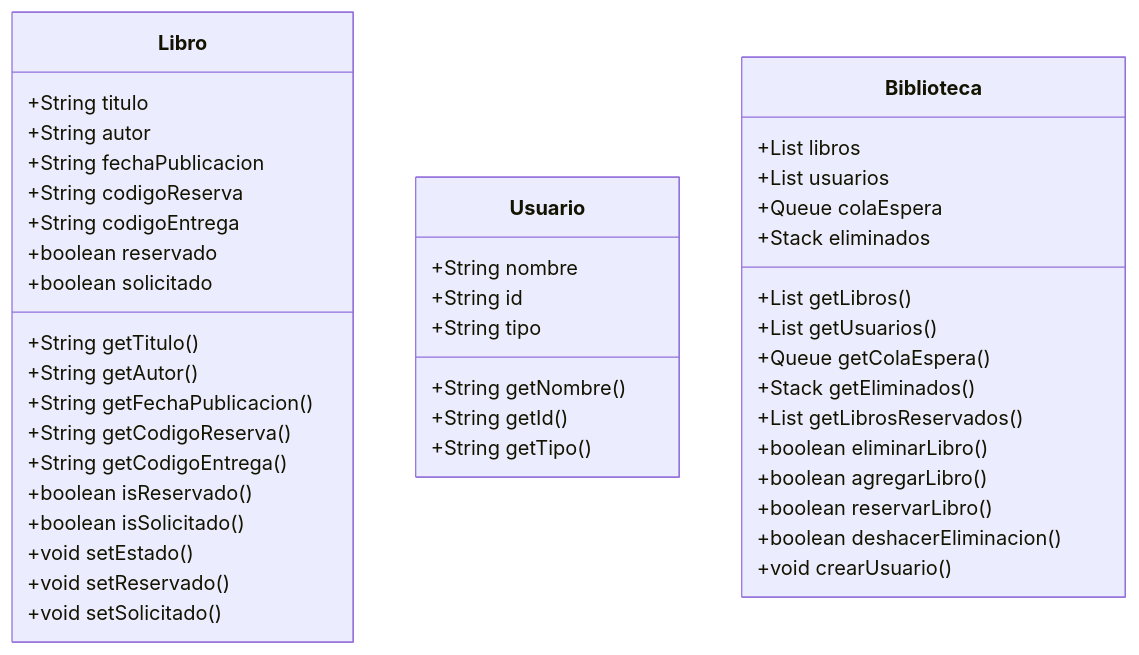
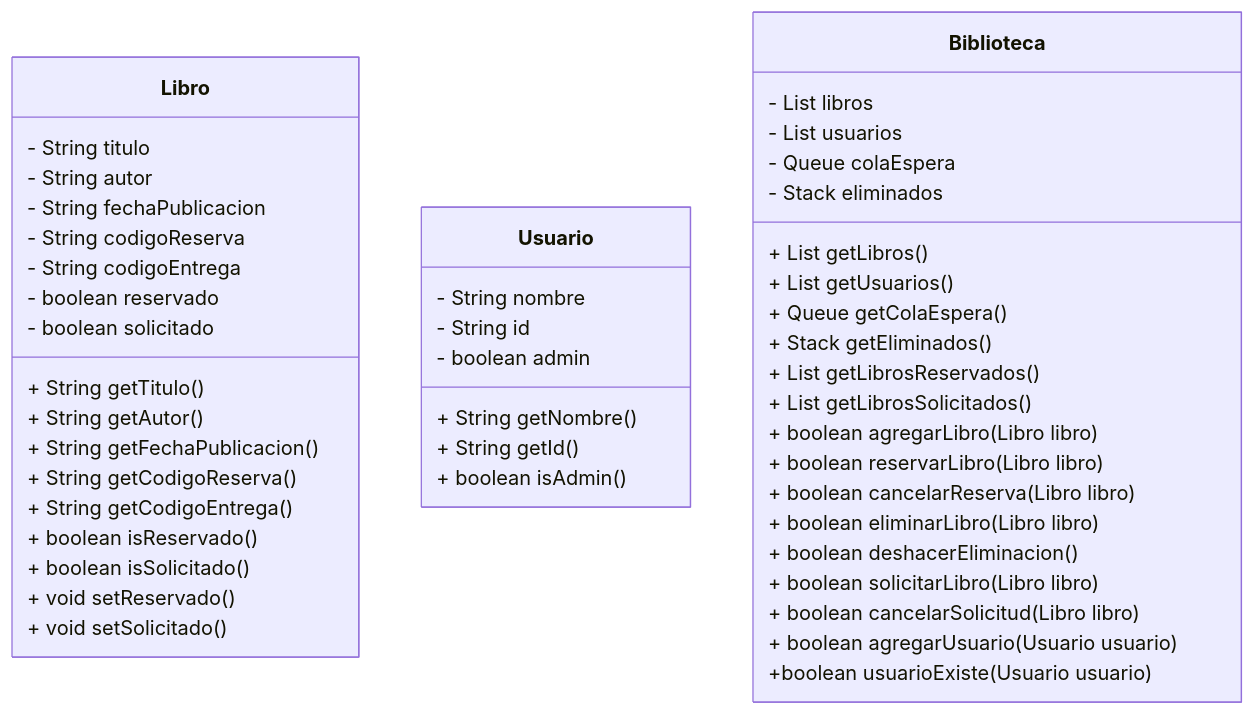
Before and after one commit to Dxnale/Integrador: the diagram in README.md, drawn with Mermaid. The commit also changed 35 other files, not shown here.

````diff
--- a/README.md
+++ b/README.md
@@ -9,55 +9,63 @@
 ```mermaid
 
 classDiagram
     class Libro{
-        +String titulo
-        +String autor
-        +String fechaPublicacion
-        +String codigoReserva
-        +String codigoEntrega
-        +boolean reservado
-        +boolean solicitado
+        - String titulo
+        - String autor
+        - String fechaPublicacion
+        - String codigoReserva
+        - String codigoEntrega
+        - boolean reservado
+        - boolean solicitado
 
-        +String getTitulo()
-        +String getAutor()
-        +String getFechaPublicacion()
-        +String getCodigoReserva()
-        +String getCodigoEntrega()
-        +boolean isReservado()
-        +boolean isSolicitado()
+        + String getTitulo()
+        + String getAutor()
+        + String getFechaPublicacion()
+        + String getCodigoReserva()
+        + String getCodigoEntrega()
+        + boolean isReservado()
+        + boolean isSolicitado()
 
-        +void setEstado()
-        +void setReservado()
-        +void setSolicitado()
+        + void setReservado()
+        + void setSolicitado()
     }
 
     class Usuario{
-        +String nombre
-        +String id
-        +String tipo
+        - String nombre
+        - String id
+        - boolean admin
 
-        +String getNombre()
-        +String getId()
-        +String getTipo()
+        + String getNombre()
+        + String getId()
+        + boolean isAdmin()
     }
     
-    class Biblioteca{
-        +List<Libro> libros
-        +List<Usuario> usuarios
-        +Queue<Libro> colaEspera
-        +Stack<Libro> eliminados
+      class Biblioteca {
+        - List<Libro> libros
+        - List<Usuario> usuarios
+        - Queue<Libro> colaEspera
+        - Stack<Libro> eliminados
+        
+        + List<Libro> getLibros()
+        + List<Usuario> getUsuarios()
+        + Queue<Libro> getColaEspera()
+        + Stack<Libro> getEliminados()
+        + List<Libro> getLibrosReservados()
+        + List<Libro> getLibrosSolicitados()
 
-        +List getLibros()
-        +List getUsuarios()
-        +Queue getColaEspera()
-        +Stack getEliminados()
-        +List getLibrosReservados()
-        
-        +boolean eliminarLibro()
-        +boolean agregarLibro()
-        +boolean reservarLibro()
-        +boolean deshacerEliminacion()
+        + boolean agregarLibro(Libro libro)
 
-        +void crearUsuario()
+        + boolean reservarLibro(Libro libro)
+        + boolean cancelarReserva(Libro libro)
+
+        + boolean eliminarLibro(Libro libro)
+        + boolean deshacerEliminacion()
+
+        + boolean solicitarLibro(Libro libro)
+        + boolean cancelarSolicitud(Libro libro)
+
+        + boolean agregarUsuario(Usuario usuario)
+        +boolean usuarioExiste(Usuario usuario)
+
     }
 ```
````
